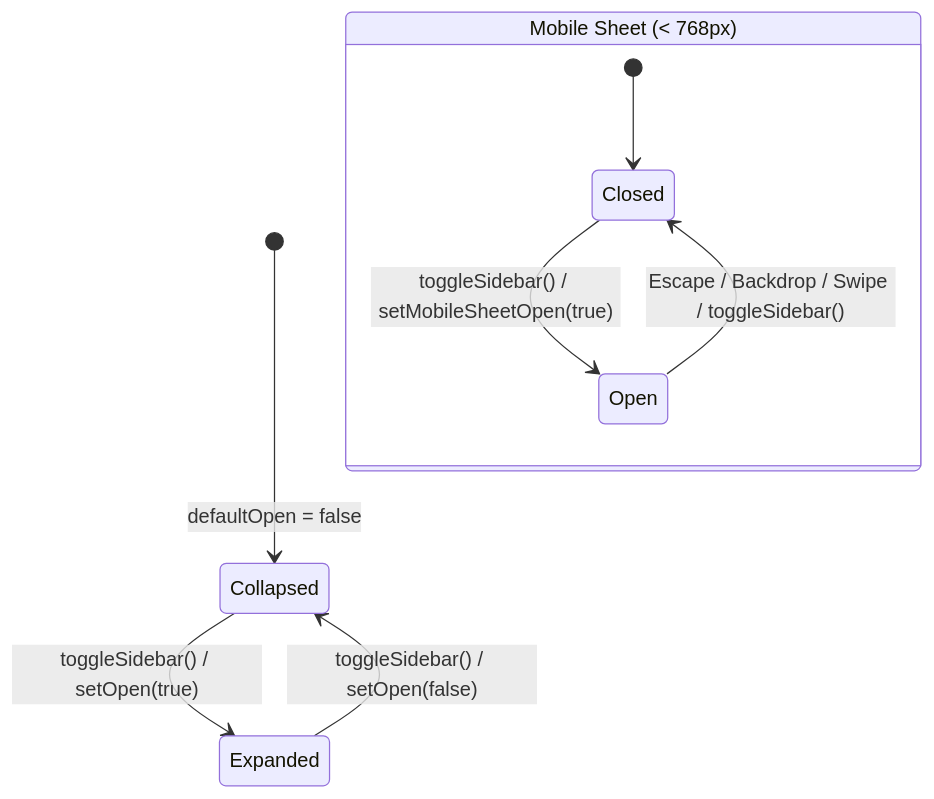
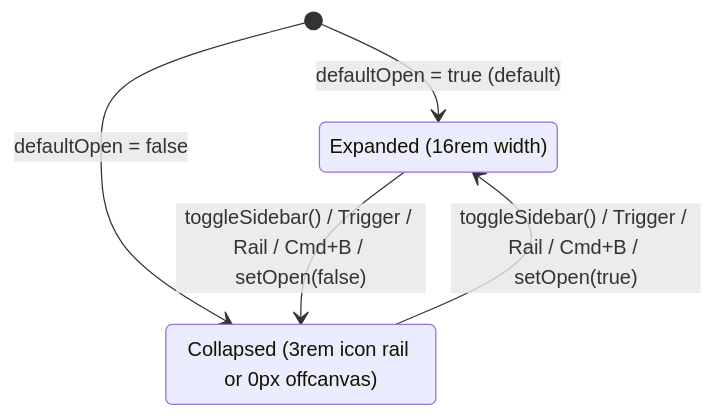
The third of 4 diagrams in docs/components/sidebar.md (cloudvoyant/helical-ui), drawn with Mermaid before and after one commit. The commit also changed other lines of this file and 1 other file, not shown here.

First line of the commit message:
docs: refine AGENTS.md layout and split sidebar state diagrams

````diff
--- a/docs/components/sidebar.md
+++ b/docs/components/sidebar.md
@@ -69,12 +73,11 @@
 ```mermaid
 stateDiagram-v2
+    [*] --> Expanded: defaultOpen = true (default)
     [*] --> Collapsed: defaultOpen = false
-    Collapsed --> Expanded: toggleSidebar() / setOpen(true)
-    Expanded --> Collapsed: toggleSidebar() / setOpen(false)
 
-    state "Mobile Sheet (< 768px)" as Mobile {
-        [*] --> Closed
-        Closed --> Open: toggleSidebar() / setMobileSheetOpen(true)
-        Open --> Closed: Escape / Backdrop / Swipe / toggleSidebar()
-    }
+    state "Expanded (16rem width)" as Expanded
+    state "Collapsed (3rem icon rail or 0px offcanvas)" as Collapsed
+
+    Expanded --> Collapsed: toggleSidebar() / Trigger / Rail / Cmd+B / setOpen(false)
+    Collapsed --> Expanded: toggleSidebar() / Trigger / Rail / Cmd+B / setOpen(true)
 ```
````
